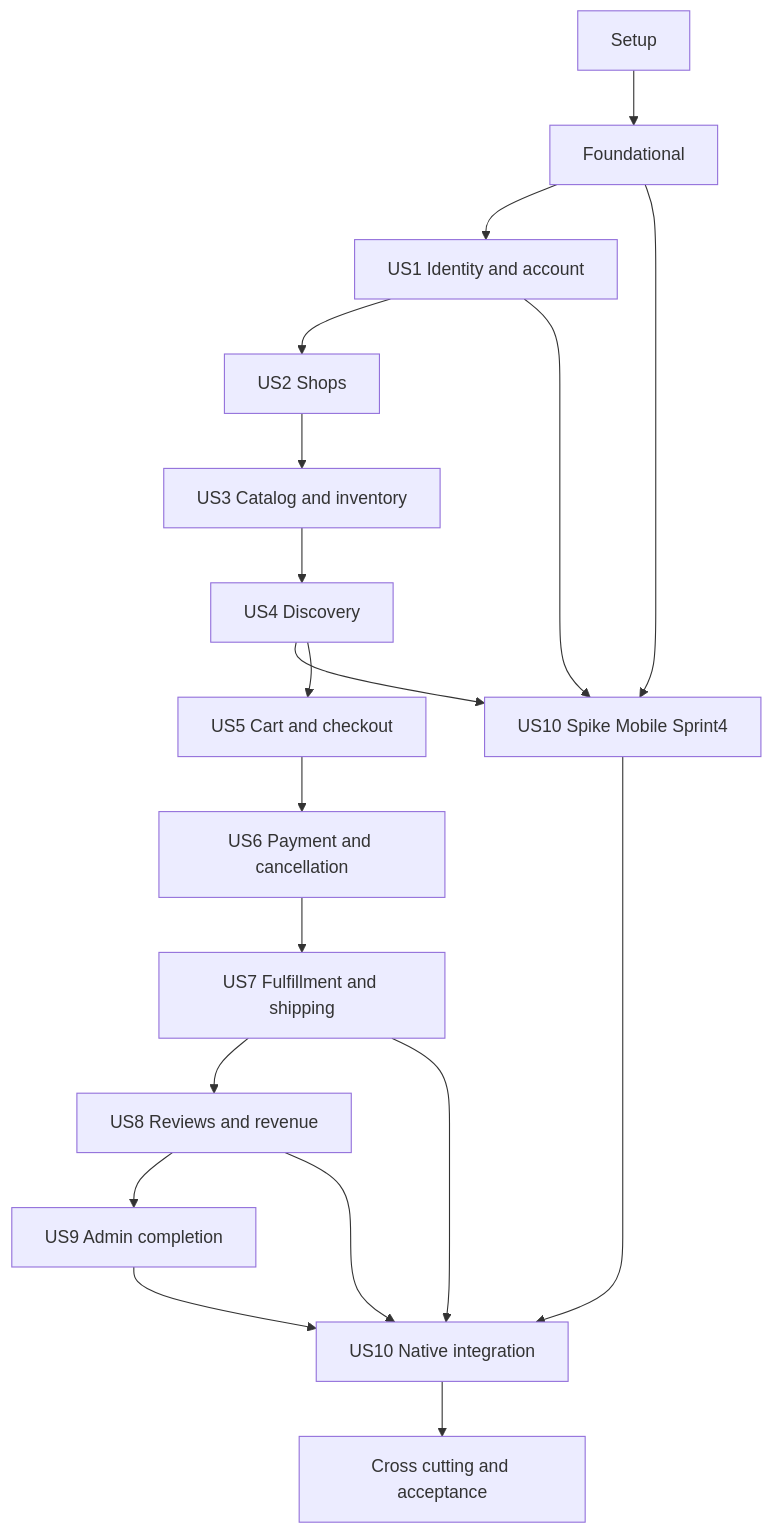
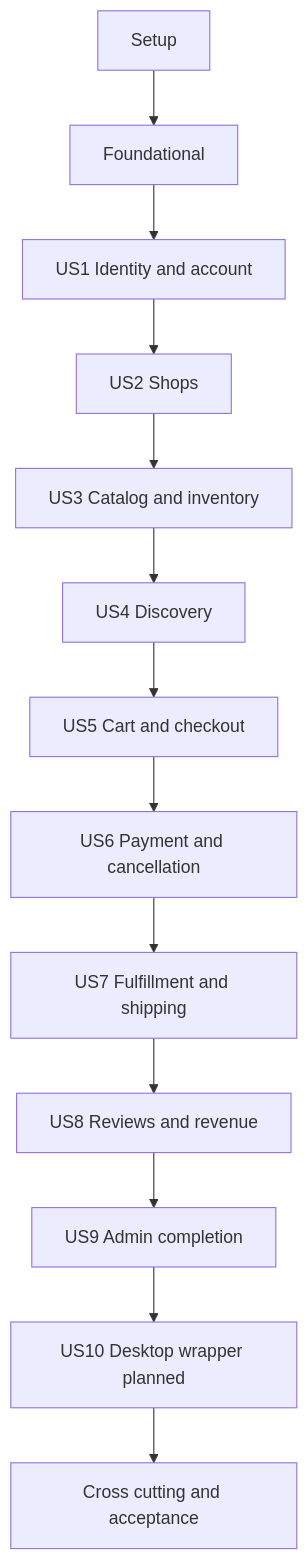
One commit to kietda623/do-an-cnpm changed the diagram in specs/001-marketplace-mvp/tasks.md. Above: the diagram before and after it, drawn with Mermaid. The commit also changed other lines of this file and 89 other files, not shown here.

First line of the commit message:
refactor: retire buyer mobile app in favor of web and desktop

````diff
--- a/specs/001-marketplace-mvp/tasks.md
+++ b/specs/001-marketplace-mvp/tasks.md
@@ -403,21 +405,15 @@
 ```mermaid
 flowchart TD
   S[Setup] --> F[Foundational]
   F --> U1[US1 Identity and account]
   U1 --> U2[US2 Shops]
   U2 --> U3[US3 Catalog and inventory]
   U3 --> U4[US4 Discovery]
-  U4 --> N4[US10 Spike Mobile Sprint4]
-  U1 --> N4
-  F --> N4
   U4 --> U5[US5 Cart and checkout]
   U5 --> U6[US6 Payment and cancellation]
   U6 --> U7[US7 Fulfillment and shipping]
   U7 --> U8[US8 Reviews and revenue]
   U8 --> U9[US9 Admin completion]
-  N4 --> U10[US10 Native integration]
-  U7 --> U10
-  U8 --> U10
-  U9 --> U10
+  U9 --> U10[US10 Desktop wrapper planned]
   U10 --> P[Cross cutting and acceptance]
 ```
````
